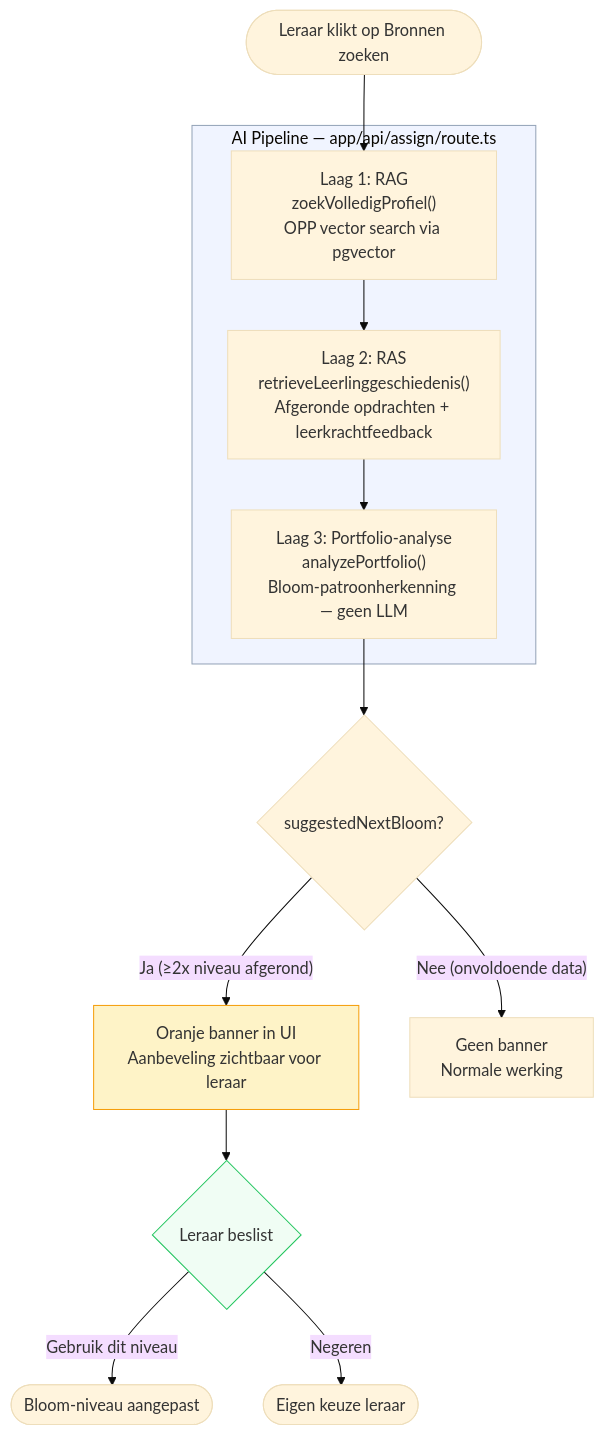
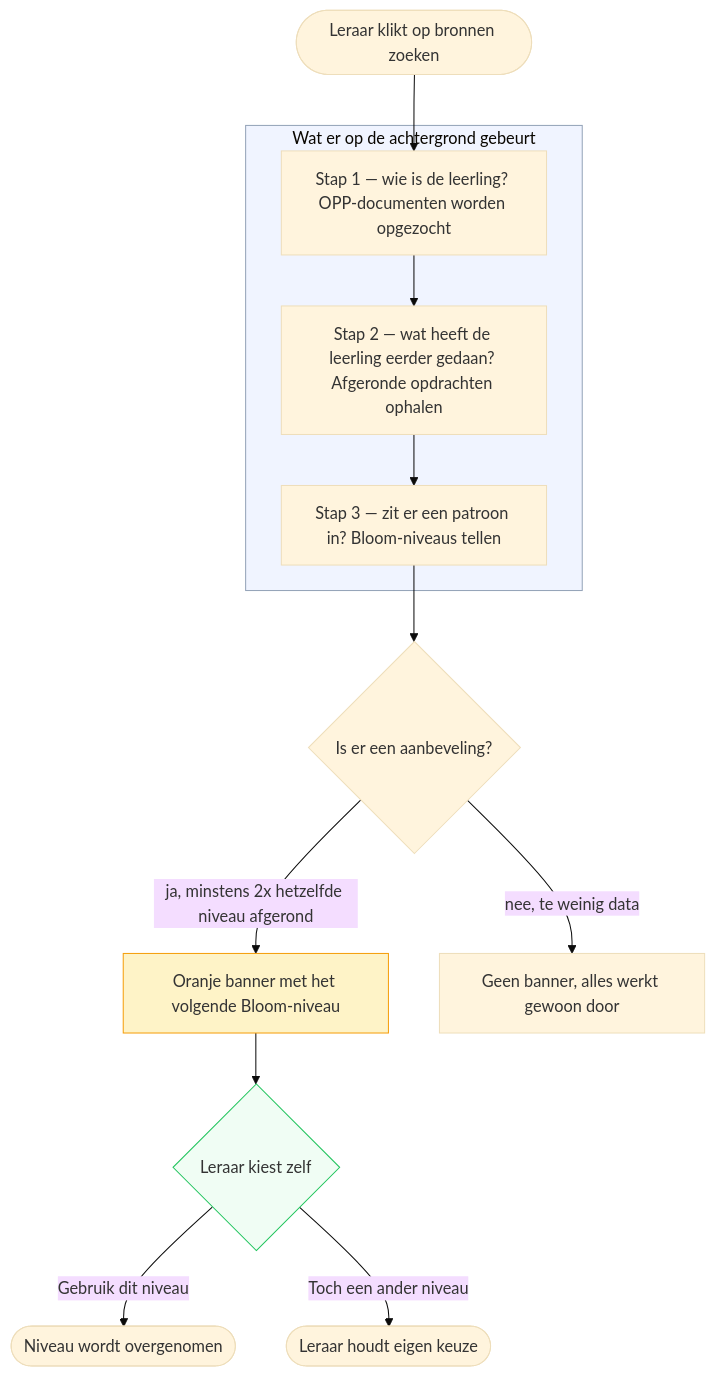
One commit to Jayson123321/Juf-aimee changed the first of 2 diagrams in docs/Analyseren/RAS_Implementatieplan.md. Above: the diagram before and after it, drawn with Mermaid (base theme). The commit also changed other lines of this file, not shown here.

Commit message:
docs(#71): vereenvoudig Mermaid diagrammen zonder \n karakters

````diff
--- a/docs/Analyseren/RAS_Implementatieplan.md
+++ b/docs/Analyseren/RAS_Implementatieplan.md
@@ -30,23 +30,23 @@
 ```mermaid
 flowchart TD
-    A([Leraar klikt op Bronnen zoeken]) --> B
+    A([Leraar klikt op bronnen zoeken]) --> B
 
-    subgraph Pipeline["AI Pipeline — app/api/assign/route.ts"]
-        B["Laag 1: RAG\nzoekVolledigProfiel()\nOPP vector search via pgvector"]
-        C["Laag 2: RAS\nretrieveLeerlinggeschiedenis()\nAfgeronde opdrachten + leerkrachtfeedback"]
-        D["Laag 3: Portfolio-analyse\nanalyzePortfolio()\nBloom-patroonherkenning — geen LLM"]
+    subgraph Pipeline["Wat er op de achtergrond gebeurt"]
+        B["Stap 1 — wie is de leerling? OPP-documenten worden opgezocht"]
+        C["Stap 2 — wat heeft de leerling eerder gedaan? Afgeronde opdrachten ophalen"]
+        D["Stap 3 — zit er een patroon in? Bloom-niveaus tellen"]
         B --> C --> D
     end
 
-    D --> E{suggestedNextBloom?}
-    E -- "Ja (≥2x niveau afgerond)" --> F["Oranje banner in UI\nAanbeveling zichtbaar voor leraar"]
-    E -- "Nee (onvoldoende data)" --> G["Geen banner\nNormale werking"]
+    D --> E{Is er een aanbeveling?}
+    E -- "ja, minstens 2x hetzelfde niveau afgerond" --> F["Oranje banner met het volgende Bloom-niveau"]
+    E -- "nee, te weinig data" --> G["Geen banner, alles werkt gewoon door"]
 
-    F --> H{Leraar beslist}
-    H -- "Gebruik dit niveau" --> I([Bloom-niveau aangepast])
-    H -- "Negeren" --> J([Eigen keuze leraar])
+    F --> H{Leraar kiest zelf}
+    H -- "Gebruik dit niveau" --> I([Niveau wordt overgenomen])
+    H -- "Toch een ander niveau" --> J([Leraar houdt eigen keuze])
 
     style Pipeline fill:#f0f4ff,stroke:#94a3b8
     style F fill:#fef3c7,stroke:#f59e0b
     style H fill:#f0fdf4,stroke:#22c55e
 ```
````
